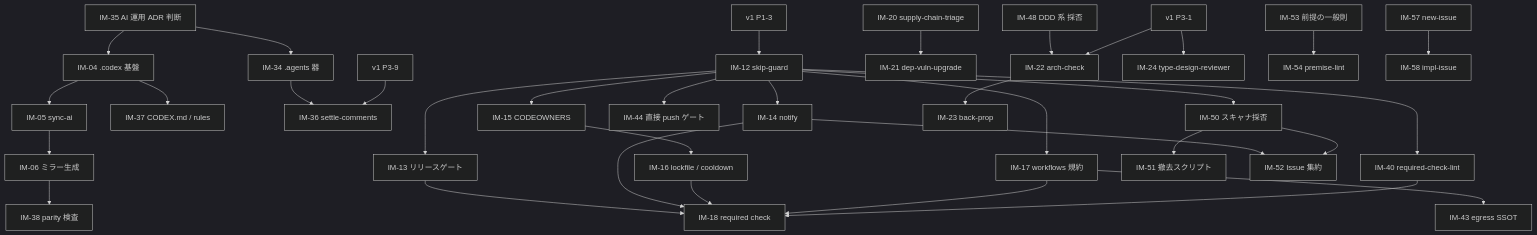
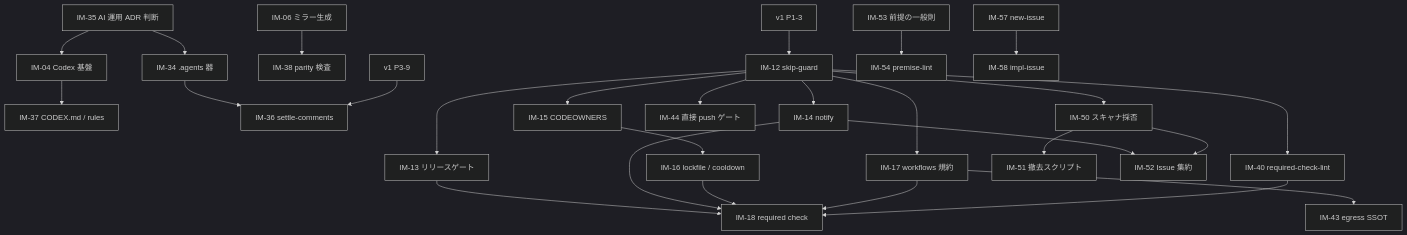
One commit to Tomy-ch/nextjs-boilerplate changed the diagram in docs/plan/go-boilerplate-import-plan.md. Above: the diagram before and after it, drawn with Mermaid (dark theme). The commit also changed other lines of this file and 4 other files, not shown here.

````diff
--- a/docs/plan/go-boilerplate-import-plan.md
+++ b/docs/plan/go-boilerplate-import-plan.md
@@ -146,31 +146,24 @@
 ```mermaid
 flowchart TD
   IM35["IM-35 AI 運用 ADR 判断"] --> IM34["IM-34 .agents 器"]
-  IM35 --> IM04["IM-04 .codex 基盤"]
-  IM04 --> IM05["IM-05 sync-ai"]
-  IM05 --> IM06["IM-06 ミラー生成"]
-  IM06 --> IM38["IM-38 parity 検査"]
+  IM35 --> IM04["IM-04 Codex 基盤"]
+  IM06["IM-06 ミラー生成"] --> IM38["IM-38 parity 検査"]
   IM04 --> IM37["IM-37 CODEX.md / rules"]
   IM34 --> IM36["IM-36 settle-comments"]
   P39["v1 P3-9"] --> IM36
   P13["v1 P1-3"] --> IM12["IM-12 skip-guard"]
   IM12 --> IM13["IM-13 リリースゲート"]
   IM12 --> IM14["IM-14 notify"]
   IM12 --> IM15["IM-15 CODEOWNERS"]
   IM15 --> IM16["IM-16 lockfile / cooldown"]
   IM12 --> IM17["IM-17 workflows 規約"]
   IM17 --> IM43["IM-43 egress SSOT"]
   IM12 --> IM40["IM-40 required-check-lint"]
   IM12 --> IM44["IM-44 直接 push ゲート"]
   IM12 --> IM50["IM-50 スキャナ採否"]
   IM50 --> IM51["IM-51 撤去スクリプト"]
   IM14 & IM50 --> IM52["IM-52 Issue 集約"]
   IM13 & IM14 & IM16 & IM17 & IM40 --> IM18["IM-18 required check"]
-  IM20["IM-20 supply-chain-triage"] --> IM21["IM-21 dep-vuln-upgrade"]
-  IM48["IM-48 DDD 系 採否"] --> IM22["IM-22 arch-check"]
-  P31["v1 P3-1"] --> IM22
-  IM22 --> IM23["IM-23 back-prop"]
-  P31 --> IM24["IM-24 type-design-reviewer"]
   IM53["IM-53 前提の一般則"] --> IM54["IM-54 premise-lint"]
   IM57["IM-57 new-issue"] --> IM58["IM-58 impl-issue"]
 ```
````
